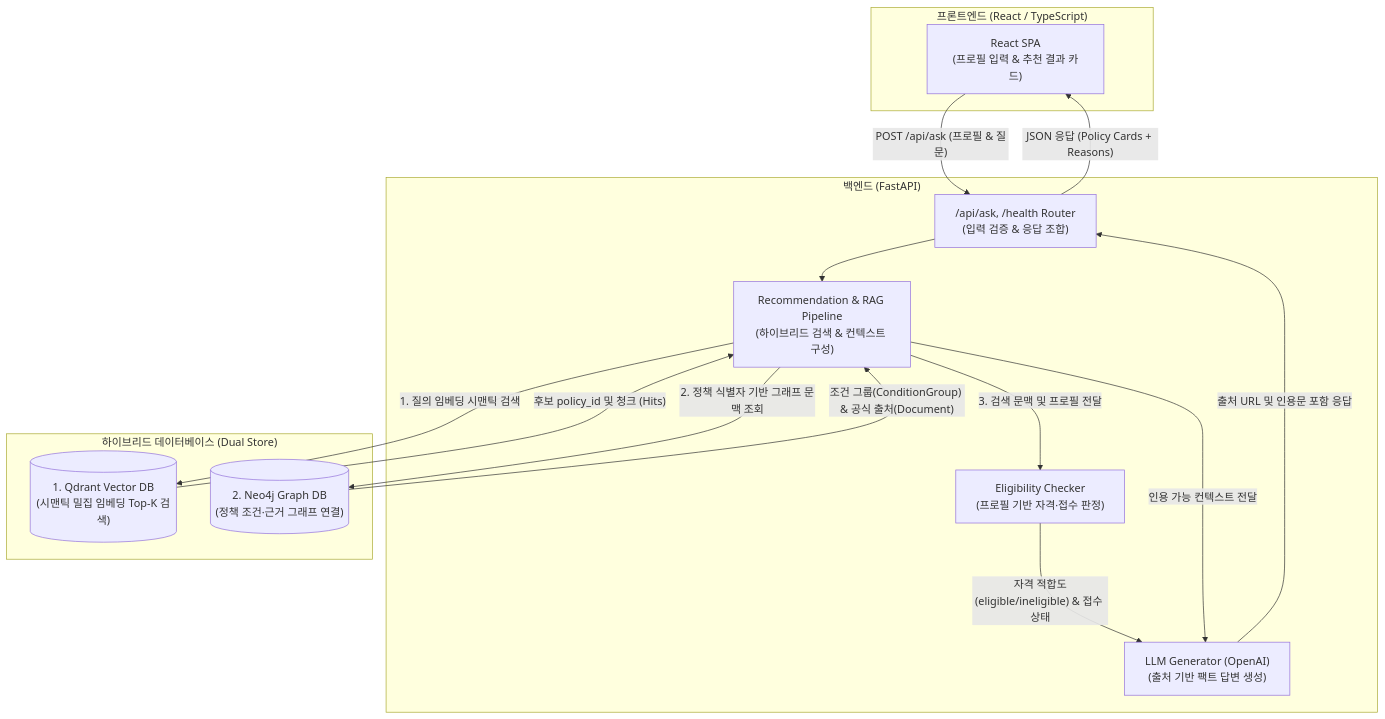
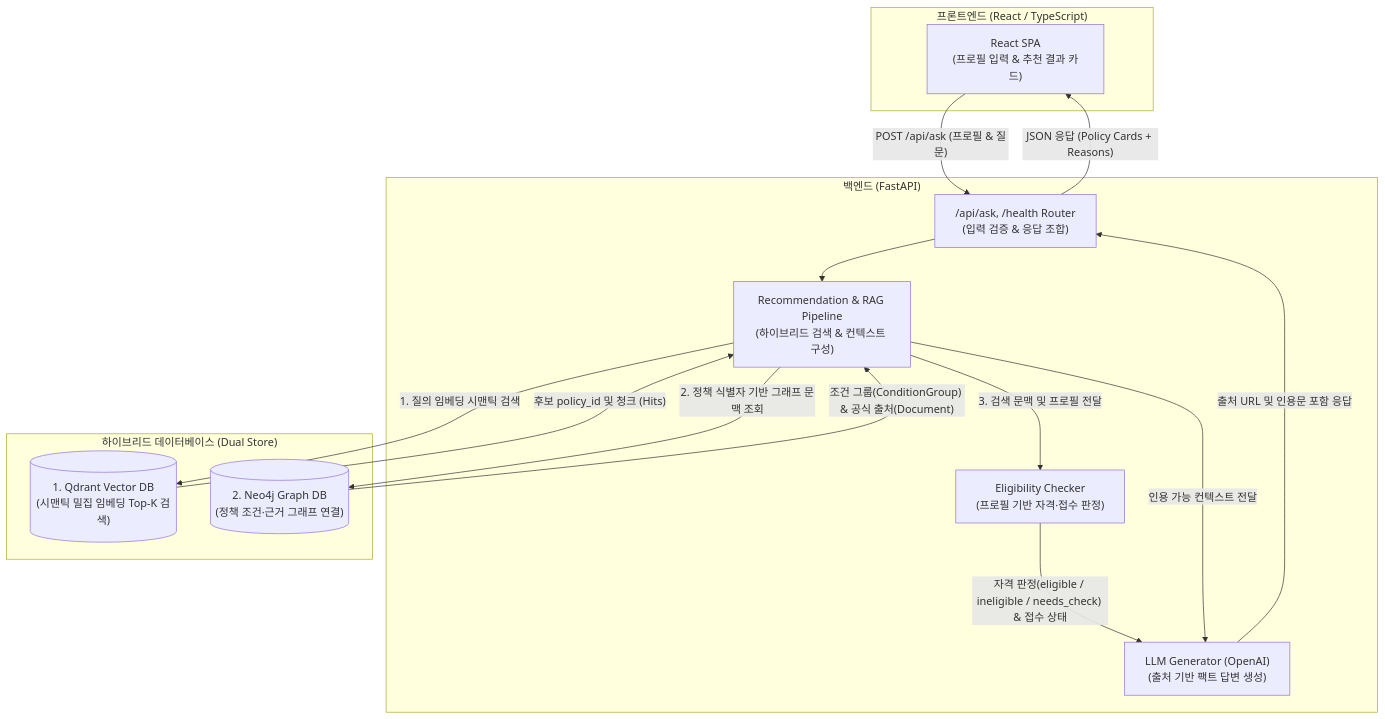
Before and after one commit to SKNETWORKS-FAMILY-AICAMP/SKN36-3rd-1Team: the diagram in docs/architecture/README.md, drawn with Mermaid. The commit also changed other lines of this file and 4 other files, not shown here.

````diff
--- a/docs/architecture/README.md
+++ b/docs/architecture/README.md
@@ -13,30 +13,30 @@
 ```mermaid
 flowchart TD
     subgraph Client ["프론트엔드 (React / TypeScript)"]
         UI["React SPA<br/>(프로필 입력 & 추천 결과 카드)"]
     end
 
     subgraph Server ["백엔드 (FastAPI)"]
         API["/api/ask, /health Router<br/>(입력 검증 & 응답 조합)"]
         ENGINE["Recommendation & RAG Pipeline<br/>(하이브리드 검색 & 컨텍스트 구성)"]
         CHECKER["Eligibility Checker<br/>(프로필 기반 자격·접수 판정)"]
         LLM["LLM Generator (OpenAI)<br/>(출처 기반 팩트 답변 생성)"]
     end
 
     subgraph DataStore ["하이브리드 데이터베이스 (Dual Store)"]
         QDRANT[("1. Qdrant Vector DB<br/>(시맨틱 밀집 임베딩 Top-K 검색)")]
         NEO4J[("2. Neo4j Graph DB<br/>(정책 조건·근거 그래프 연결)")]
     end
 
     UI -->|"POST /api/ask (프로필 & 질문)"| API
     API --> ENGINE
     ENGINE -->|"1. 질의 임베딩 시맨틱 검색"| QDRANT
     QDRANT -->|"후보 policy_id 및 청크 (Hits)"| ENGINE
     ENGINE -->|"2. 정책 식별자 기반 그래프 문맥 조회"| NEO4J
     NEO4J -->|"조건 그룹(ConditionGroup) & 공식 출처(Document)"| ENGINE
     ENGINE -->|"3. 검색 문맥 및 프로필 전달"| CHECKER
-    CHECKER -->|"자격 적합도(eligible/ineligible) & 접수 상태"| LLM
+    CHECKER -->|"자격 판정(eligible / ineligible / needs_check) & 접수 상태"| LLM
     ENGINE -->|"인용 가능 컨텍스트 전달"| LLM
     LLM -->|"출처 URL 및 인용문 포함 응답"| API
     API -->|"JSON 응답 (Policy Cards + Reasons)"| UI
 ```
````
